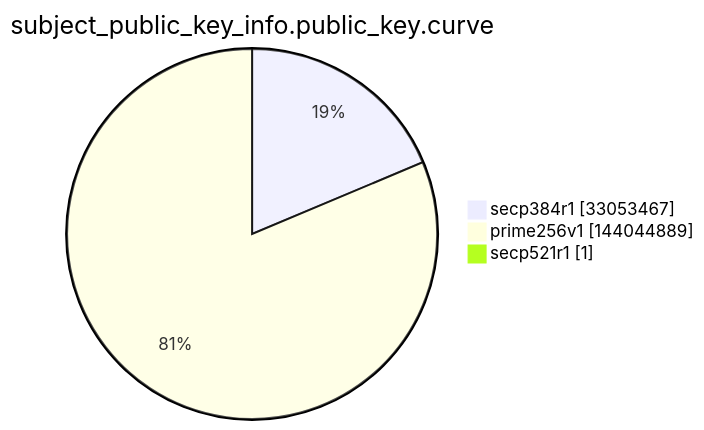
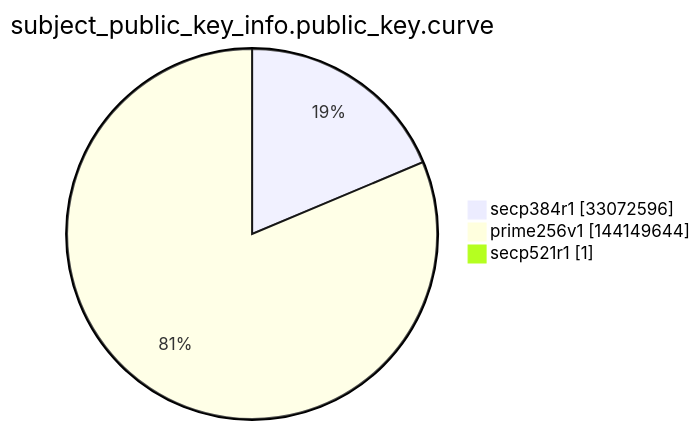
Before and after one commit to christiankrug/ctmonitor_visualization: the ninth of 15 diagrams in argon2022/README.md, drawn with Mermaid. The commit also changed other lines of this file, not shown here.

````diff
--- a/argon2022/README.md
+++ b/argon2022/README.md
@@ -2764,7 +2764,7 @@
 ```mermaid
 pie showData
 title subject_public_key_info.public_key.curve
-"secp384r1" :33053467
-"prime256v1" :144044889
+"secp384r1" :33072596
+"prime256v1" :144149644
 "secp521r1" :1
 ```
````
